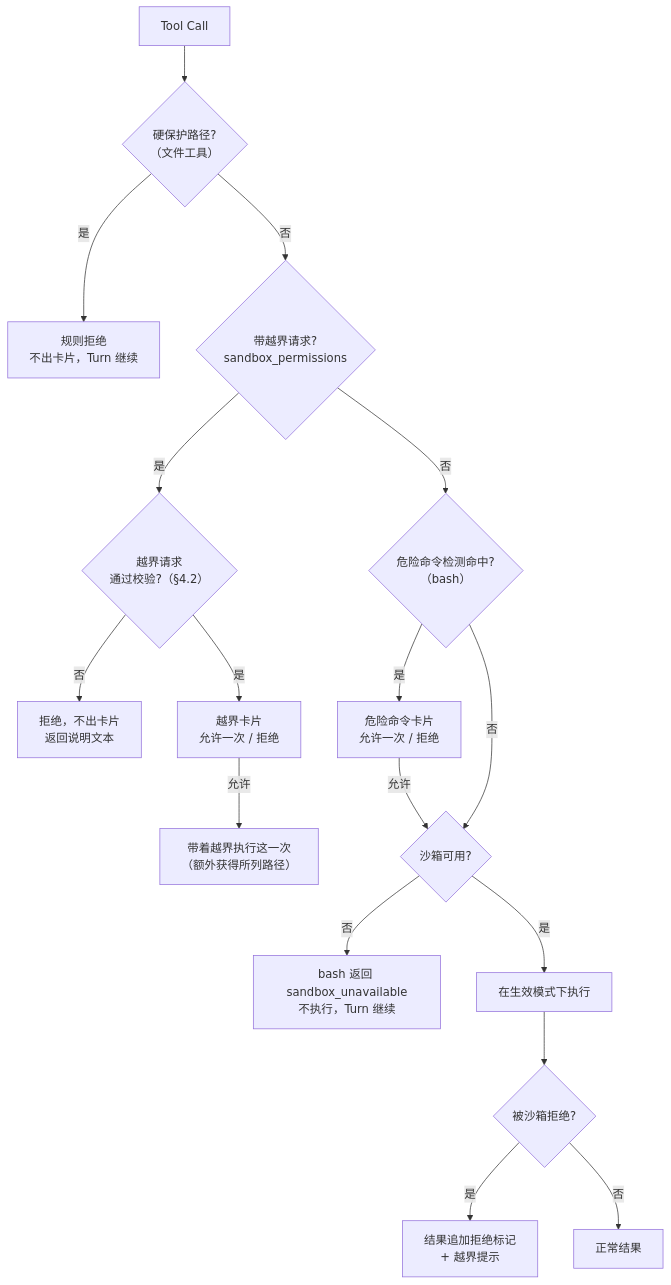
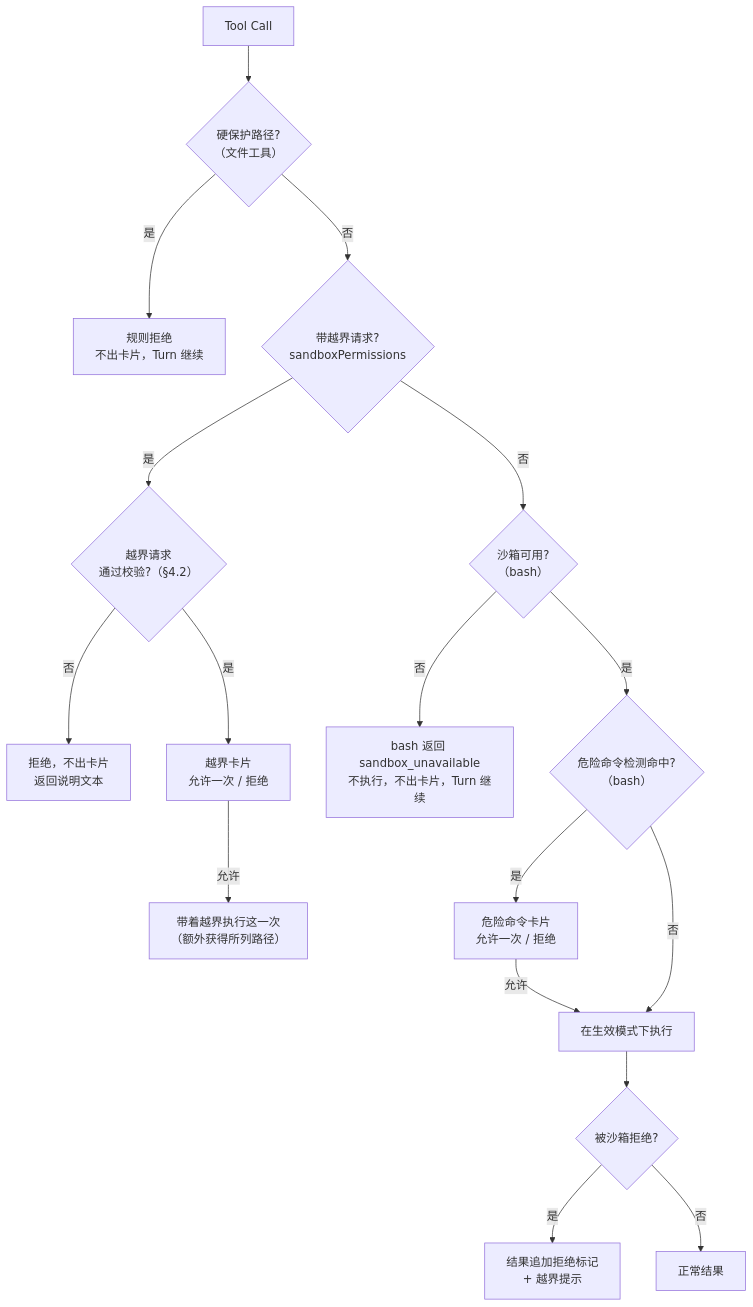
Before and after one commit to Aaron-Ben/OpenWork: the diagram in docs/permissions.md, drawn with Mermaid. The commit also changed other lines of this file and 102 other files, not shown here.

First line of the commit message:
feat(sandbox): bash 与文件工具切换到沙箱权限

````diff
--- a/docs/permissions.md
+++ b/docs/permissions.md
@@ -54,19 +54,19 @@
 ```mermaid
 flowchart TD
   A["Tool Call"] --> B{"硬保护路径?<br/>（文件工具）"}
   B -- 是 --> X["规则拒绝<br/>不出卡片，Turn 继续"]
-  B -- 否 --> C{"带越界请求?<br/>sandbox_permissions"}
+  B -- 否 --> C{"带越界请求?<br/>sandboxPermissions"}
   C -- 是 --> D{"越界请求<br/>通过校验?（§4.2）"}
   D -- 否 --> X2["拒绝，不出卡片<br/>返回说明文本"]
   D -- 是 --> E["越界卡片<br/>允许一次 / 拒绝"]
-  C -- 否 --> F{"危险命令检测命中?<br/>（bash）"}
+  C -- 否 --> H{"沙箱可用?<br/>（bash）"}
+  H -- 否 --> I["bash 返回 sandbox_unavailable<br/>不执行，不出卡片，Turn 继续"]
+  H -- 是 --> F{"危险命令检测命中?<br/>（bash）"}
   F -- 是 --> G["危险命令卡片<br/>允许一次 / 拒绝"]
-  F -- 否 --> H{"沙箱可用?"}
-  G -- 允许 --> H
-  H -- 否 --> I["bash 返回 sandbox_unavailable<br/>不执行，Turn 继续"]
-  H -- 是 --> J["在生效模式下执行"]
+  F -- 否 --> J["在生效模式下执行"]
+  G -- 允许 --> J
   E -- 允许 --> J2["带着越界执行这一次<br/>（额外获得所列路径）"]
   J --> K{"被沙箱拒绝?"}
   K -- 是 --> L["结果追加拒绝标记<br/>+ 越界提示"]
   K -- 否 --> M["正常结果"]
 ```
````
